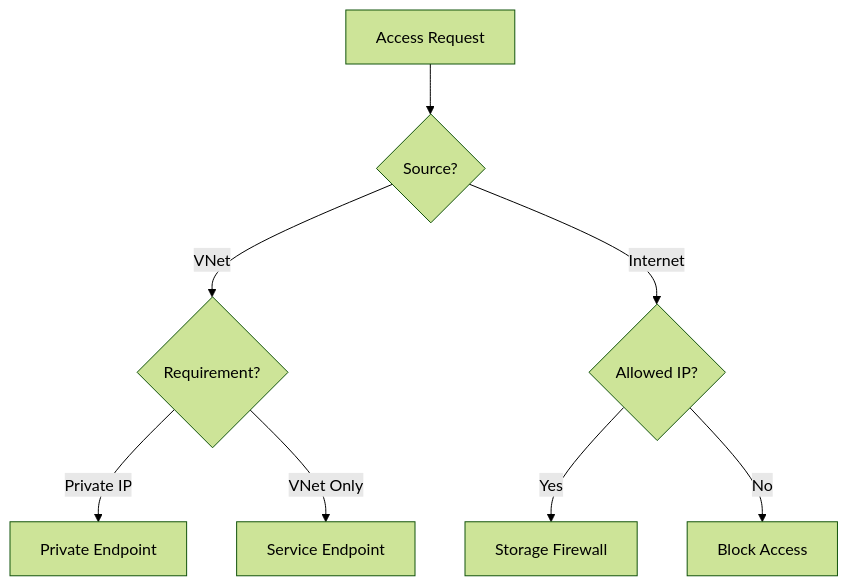
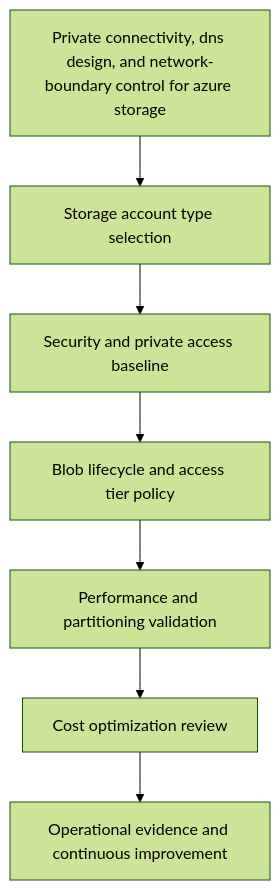
The first of 2 diagrams in docs/best-practices/networking-best-practices.md (yeongseon/azure-storage-practical-guide), drawn with Mermaid (forest theme) before and after one commit. The commit also changed other lines of this file and 26 other files, not shown here.

````diff
--- a/docs/best-practices/networking-best-practices.md
+++ b/docs/best-practices/networking-best-practices.md
@@ -18,10 +18,9 @@
 ```mermaid
-graph TD
-    A[Access Request] --> B{Source?}
-    B -->|VNet| C{Requirement?}
-    C -->|Private IP| D[Private Endpoint]
-    C -->|VNet Only| E[Service Endpoint]
-    B -->|Internet| F{Allowed IP?}
-    F -->|Yes| G[Storage Firewall]
-    F -->|No| H[Block Access]
+flowchart TD
+    A[Private connectivity, dns design, and network-boundary control for azure storage] --> B[Storage account type selection]
+    B --> C[Security and private access baseline]
+    C --> D[Blob lifecycle and access tier policy]
+    D --> E[Performance and partitioning validation]
+    E --> F[Cost optimization review]
+    F --> G[Operational evidence and continuous improvement]
 ```
````
